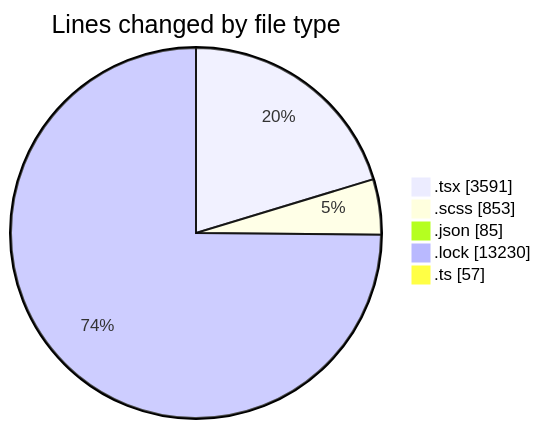
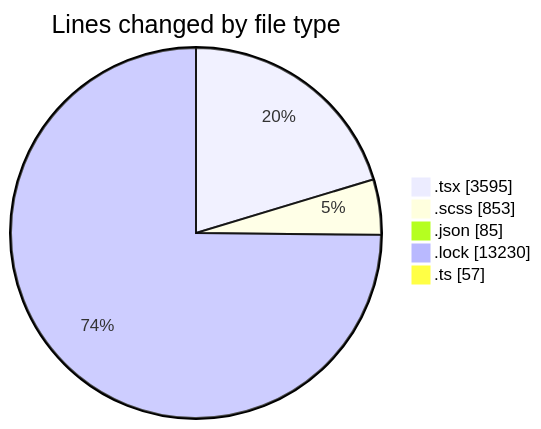
One commit to momahboobian/code-tracking changed the first of 2 diagrams in 2025-10-03/cda/README.md. Above: the diagram before and after it, drawn with Mermaid. The commit also changed other lines of this file and 1 other file, not shown here.

````diff
--- a/2025-10-03/cda/README.md
+++ b/2025-10-03/cda/README.md
@@ -30,9 +30,9 @@
 ```mermaid
 pie showData
 title Lines changed by file type
-".tsx" : 3591
+".tsx" : 3595
 ".scss" : 853
 ".json" : 85
 ".lock" : 13230
 ".ts" : 57
 ```
````
